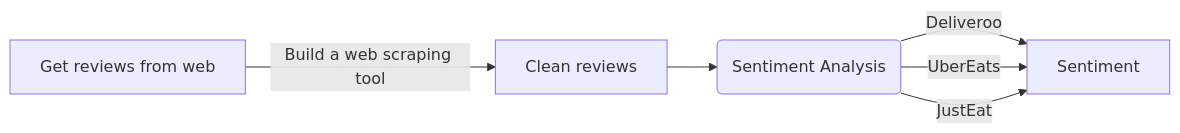
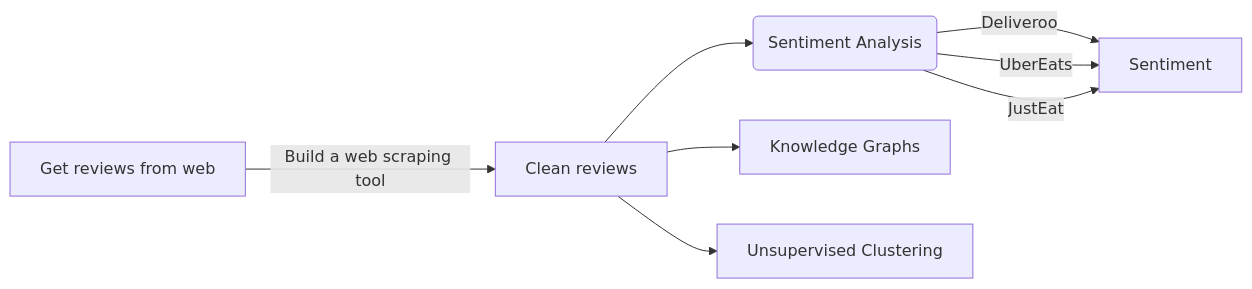
One commit to gpsyrou/Text_Analysis_of_Consumer_Reviews changed the diagram in README.md. Above: the diagram before and after it, drawn with Mermaid. The commit also changed other lines of this file, not shown here.

Commit message:
update mermaid graph

````diff
--- a/README.md
+++ b/README.md
@@ -1,9 +1,11 @@
 ```mermaid
 graph   LR
     A[Get reviews from web] -->|Build a web scraping tool| B[Clean reviews]
     B --> C(Sentiment Analysis)
     C -->|Deliveroo| D[Sentiment]
     C -->|UberEats| D[Sentiment]
     C -->|JustEat| D[Sentiment]
+    B --> E[Knowledge Graphs]
+    B --> F[Unsupervised Clustering]
 
 ```
````
